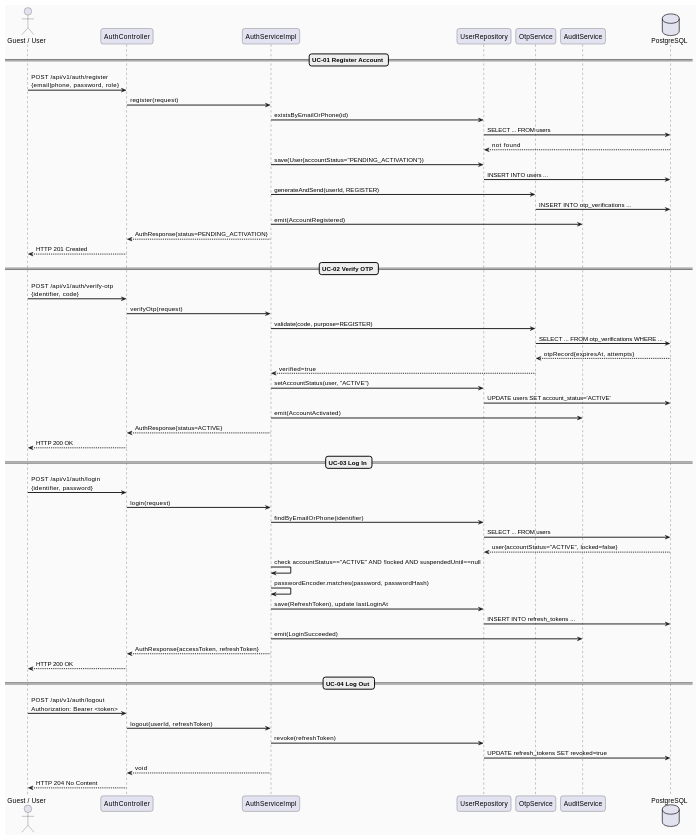
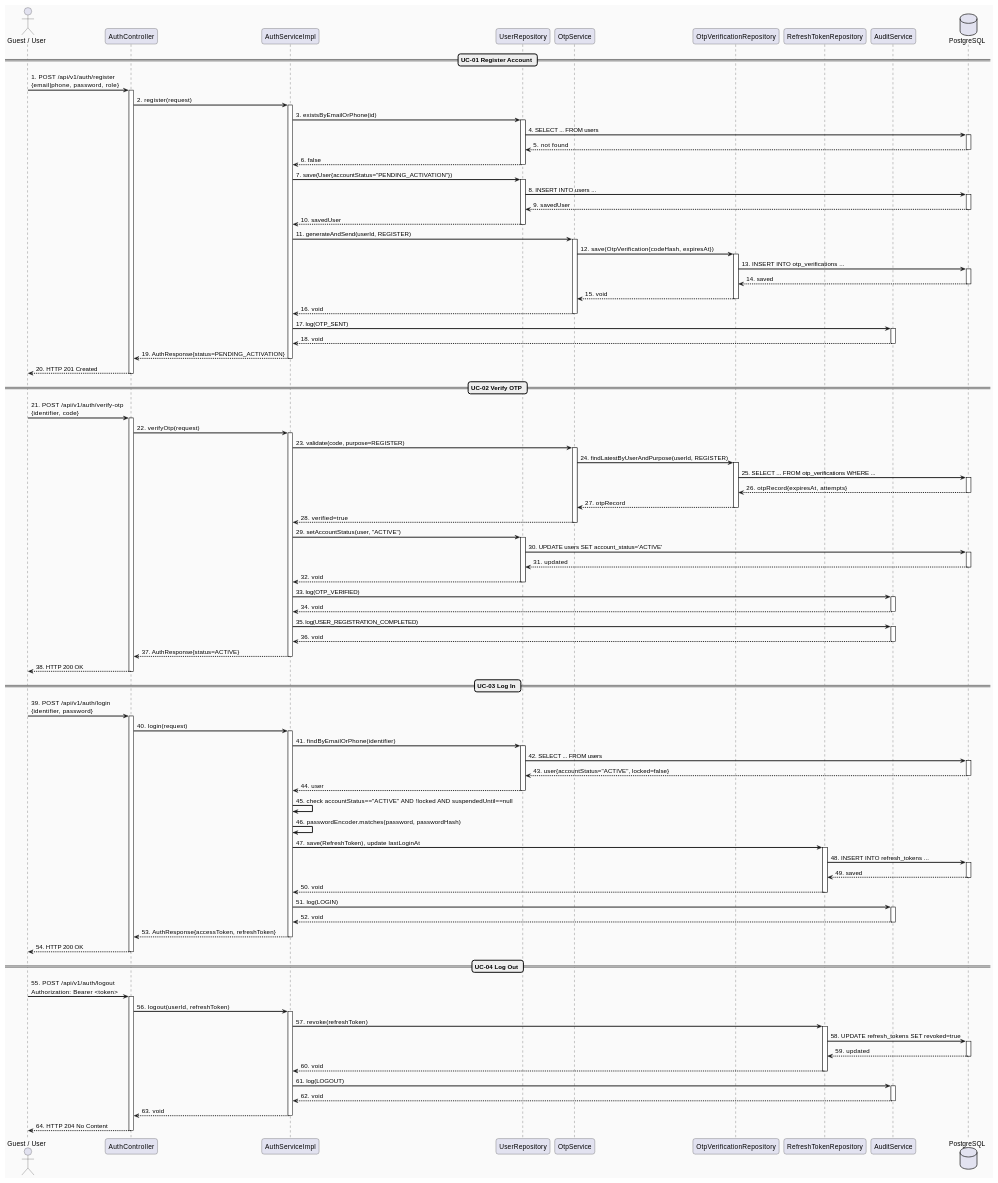
One commit to ChuongBDHE172784/CareBridge_SEP490_G79 changed the second of 3 diagrams in docs/Detailed_Design/MF01_Account_Trust_AccesControl/01_Account_Registration_Authentication_Lifecycle.md. Above: the diagram before and after it, drawn with PlantUML. The commit also changed 29 other files, not shown here.

Commit message:
feat: add detailed sequence diagrams to documentation and standardize service-layer interaction flows across modules

````diff
--- a/docs/Detailed_Design/MF01_Account_Trust_AccesControl/01_Account_Registration_Authentication_Lifecycle.md
+++ b/docs/Detailed_Design/MF01_Account_Trust_AccesControl/01_Account_Registration_Authentication_Lifecycle.md
@@ -176,57 +176,144 @@
 participant "AuthServiceImpl" as Service
 participant "UserRepository" as Repo
 participant "OtpService" as Otp
+participant "OtpVerificationRepository" as OtpRepo
+participant "RefreshTokenRepository" as RefreshRepo
 participant "AuditService" as Audit
 database "PostgreSQL" as DB
 
 == UC-01 Register Account ==
-Client -> Controller : POST /api/v1/auth/register\n{email|phone, password, role}
-Controller -> Service : register(request)
-Service -> Repo : existsByEmailOrPhone(id)
-Repo -> DB : SELECT ... FROM users
-DB --> Repo : not found
-Service -> Repo : save(User{accountStatus="PENDING_ACTIVATION"})
-Repo -> DB : INSERT INTO users ...
-Service -> Otp : generateAndSend(userId, REGISTER)
-Otp -> DB : INSERT INTO otp_verifications ...
-Service -> Audit : emit(AccountRegistered)
-Service --> Controller : AuthResponse{status=PENDING_ACTIVATION}
-Controller --> Client : HTTP 201 Created
+Client -> Controller : 1. POST /api/v1/auth/register\n{email|phone, password, role}
+activate Controller
+Controller -> Service : 2. register(request)
+activate Service
+Service -> Repo : 3. existsByEmailOrPhone(id)
+activate Repo
+Repo -> DB : 4. SELECT ... FROM users
+activate DB
+DB --> Repo : 5. not found
+deactivate DB
+Repo --> Service : 6. false
+deactivate Repo
+Service -> Repo : 7. save(User{accountStatus="PENDING_ACTIVATION"})
+activate Repo
+Repo -> DB : 8. INSERT INTO users ...
+activate DB
+DB --> Repo : 9. savedUser
+deactivate DB
+Repo --> Service : 10. savedUser
+deactivate Repo
+Service -> Otp : 11. generateAndSend(userId, REGISTER)
+activate Otp
+Otp -> OtpRepo : 12. save(OtpVerification{codeHash, expiresAt})
+activate OtpRepo
+OtpRepo -> DB : 13. INSERT INTO otp_verifications ...
+activate DB
+DB --> OtpRepo : 14. saved
+deactivate DB
+OtpRepo --> Otp : 15. void
+deactivate OtpRepo
+Otp --> Service : 16. void
+deactivate Otp
+Service -> Audit : 17. log(OTP_SENT)
+activate Audit
+Audit --> Service : 18. void
+deactivate Audit
+Service --> Controller : 19. AuthResponse{status=PENDING_ACTIVATION}
+deactivate Service
+Controller --> Client : 20. HTTP 201 Created
+deactivate Controller
 
 == UC-02 Verify OTP ==
-Client -> Controller : POST /api/v1/auth/verify-otp\n{identifier, code}
-Controller -> Service : verifyOtp(request)
-Service -> Otp : validate(code, purpose=REGISTER)
-Otp -> DB : SELECT ... FROM otp_verifications WHERE ...
-DB --> Otp : otpRecord{expiresAt, attempts}
-Otp --> Service : verified=true
-Service -> Repo : setAccountStatus(user, "ACTIVE")
-Repo -> DB : UPDATE users SET account_status='ACTIVE'
-Service -> Audit : emit(AccountActivated)
-Service --> Controller : AuthResponse{status=ACTIVE}
-Controller --> Client : HTTP 200 OK
+Client -> Controller : 21. POST /api/v1/auth/verify-otp\n{identifier, code}
+activate Controller
+Controller -> Service : 22. verifyOtp(request)
+activate Service
+Service -> Otp : 23. validate(code, purpose=REGISTER)
+activate Otp
+Otp -> OtpRepo : 24. findLatestByUserAndPurpose(userId, REGISTER)
+activate OtpRepo
+OtpRepo -> DB : 25. SELECT ... FROM otp_verifications WHERE ...
+activate DB
+DB --> OtpRepo : 26. otpRecord{expiresAt, attempts}
+deactivate DB
+OtpRepo --> Otp : 27. otpRecord
+deactivate OtpRepo
+Otp --> Service : 28. verified=true
+deactivate Otp
+Service -> Repo : 29. setAccountStatus(user, "ACTIVE")
+activate Repo
+Repo -> DB : 30. UPDATE users SET account_status='ACTIVE'
+activate DB
+DB --> Repo : 31. updated
+deactivate DB
+Repo --> Service : 32. void
+deactivate Repo
+Service -> Audit : 33. log(OTP_VERIFIED)
+activate Audit
+Audit --> Service : 34. void
+deactivate Audit
+Service -> Audit : 35. log(USER_REGISTRATION_COMPLETED)
+activate Audit
+Audit --> Service : 36. void
+deactivate Audit
+Service --> Controller : 37. AuthResponse{status=ACTIVE}
+deactivate Service
+Controller --> Client : 38. HTTP 200 OK
+deactivate Controller
 
 == UC-03 Log In ==
-Client -> Controller : POST /api/v1/auth/login\n{identifier, password}
-Controller -> Service : login(request)
-Service -> Repo : findByEmailOrPhone(identifier)
-Repo -> DB : SELECT ... FROM users
-DB --> Repo : user{accountStatus="ACTIVE", locked=false}
-Service -> Service : check accountStatus=="ACTIVE" AND !locked AND suspendedUntil==null
-Service -> Service : passwordEncoder.matches(password, passwordHash)
-Service -> Repo : save(RefreshToken), update lastLoginAt
-Repo -> DB : INSERT INTO refresh_tokens ...
-Service -> Audit : emit(LoginSucceeded)
-Service --> Controller : AuthResponse{accessToken, refreshToken}
-Controller --> Client : HTTP 200 OK
+Client -> Controller : 39. POST /api/v1/auth/login\n{identifier, password}
+activate Controller
+Controller -> Service : 40. login(request)
+activate Service
+Service -> Repo : 41. findByEmailOrPhone(identifier)
+activate Repo
+Repo -> DB : 42. SELECT ... FROM users
+activate DB
+DB --> Repo : 43. user{accountStatus="ACTIVE", locked=false}
+deactivate DB
+Repo --> Service : 44. user
+deactivate Repo
+Service -> Service : 45. check accountStatus=="ACTIVE" AND !locked AND suspendedUntil==null
+Service -> Service : 46. passwordEncoder.matches(password, passwordHash)
+Service -> RefreshRepo : 47. save(RefreshToken), update lastLoginAt
+activate RefreshRepo
+RefreshRepo -> DB : 48. INSERT INTO refresh_tokens ...
+activate DB
+DB --> RefreshRepo : 49. saved
+deactivate DB
+RefreshRepo --> Service : 50. void
+deactivate RefreshRepo
+Service -> Audit : 51. log(LOGIN)
+activate Audit
+Audit --> Service : 52. void
+deactivate Audit
+Service --> Controller : 53. AuthResponse{accessToken, refreshToken}
+deactivate Service
+Controller --> Client : 54. HTTP 200 OK
+deactivate Controller
 
 == UC-04 Log Out ==
-Client -> Controller : POST /api/v1/auth/logout\nAuthorization: Bearer <token>
-Controller -> Service : logout(userId, refreshToken)
-Service -> Repo : revoke(refreshToken)
-Repo -> DB : UPDATE refresh_tokens SET revoked=true
-Service --> Controller : void
-Controller --> Client : HTTP 204 No Content
+Client -> Controller : 55. POST /api/v1/auth/logout\nAuthorization: Bearer <token>
+activate Controller
+Controller -> Service : 56. logout(userId, refreshToken)
+activate Service
+Service -> RefreshRepo : 57. revoke(refreshToken)
+activate RefreshRepo
+RefreshRepo -> DB : 58. UPDATE refresh_tokens SET revoked=true
+activate DB
+DB --> RefreshRepo : 59. updated
+deactivate DB
+RefreshRepo --> Service : 60. void
+deactivate RefreshRepo
+Service -> Audit : 61. log(LOGOUT)
+activate Audit
+Audit --> Service : 62. void
+deactivate Audit
+Service --> Controller : 63. void
+deactivate Service
+Controller --> Client : 64. HTTP 204 No Content
+deactivate Controller
 
 @enduml
 ```
````
